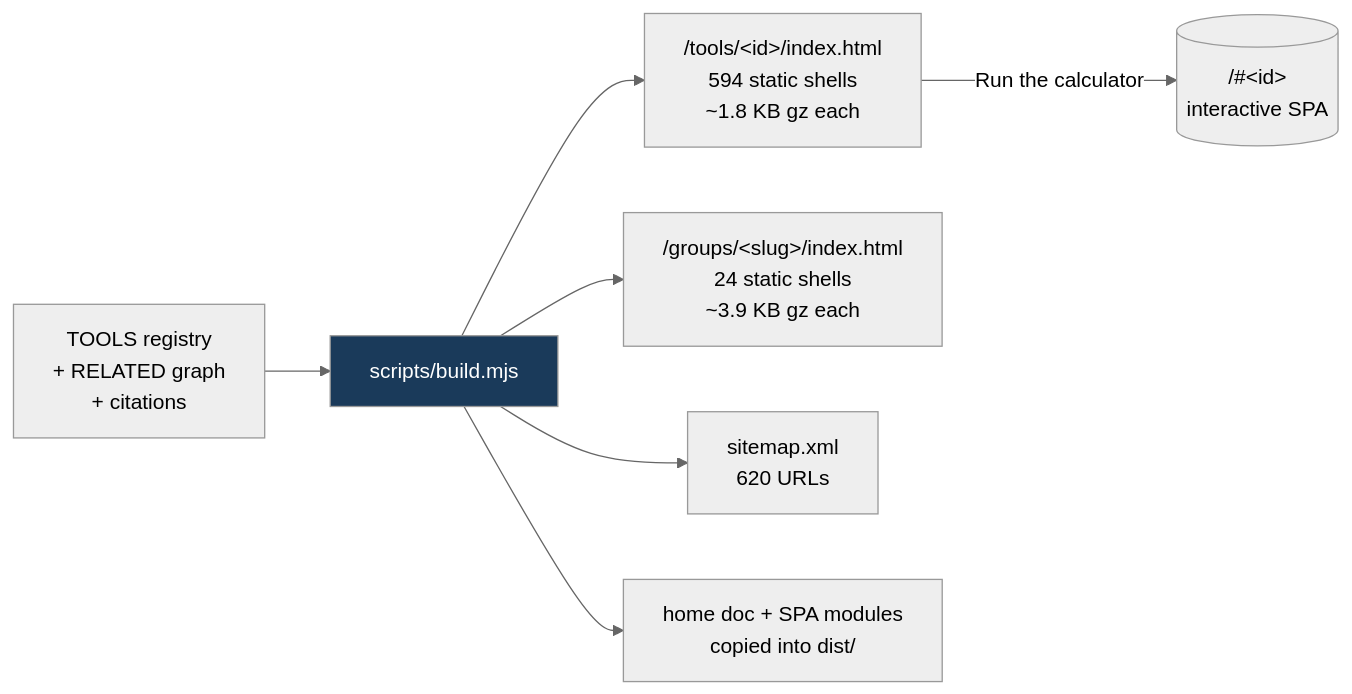
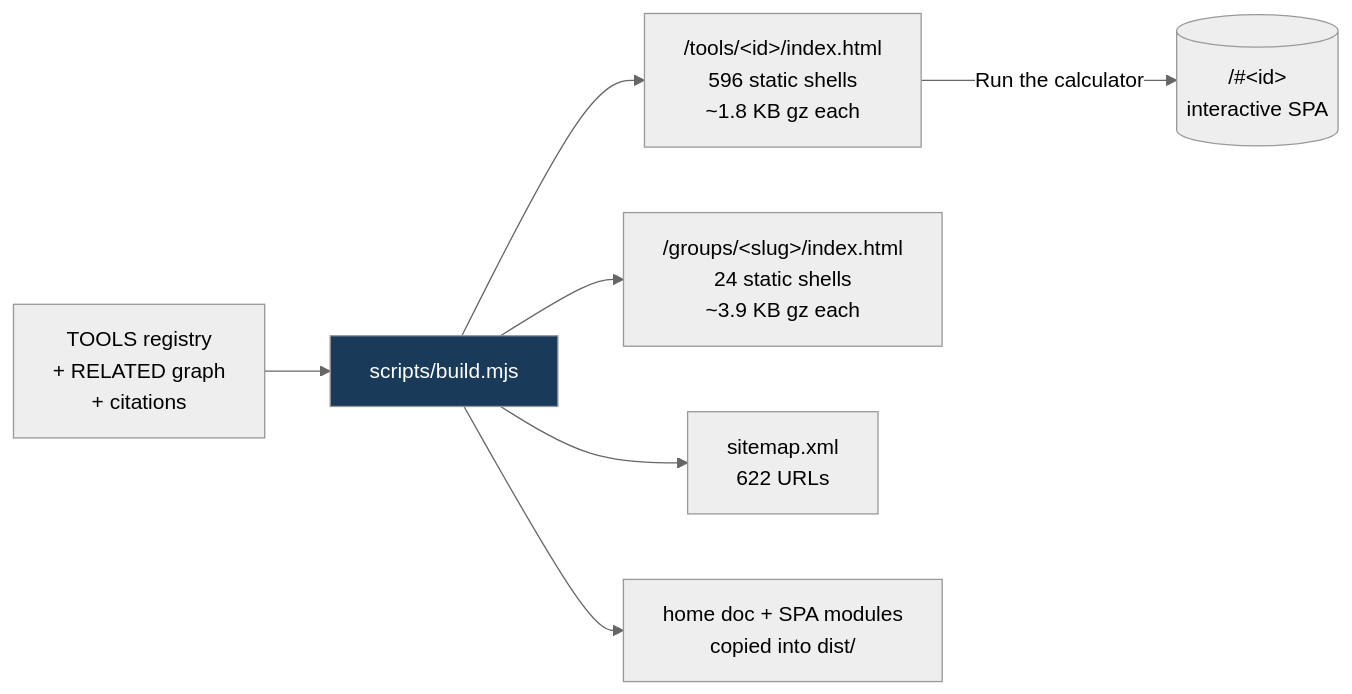
One commit to clay-good/roughlogic.com changed the fifth of 8 diagrams in README.md. Above: the diagram before and after it, drawn with Mermaid (neutral theme). The commit also changed other lines of this file and 16 other files, not shown here.

````diff
--- a/README.md
+++ b/README.md
@@ -362,10 +362,10 @@
 ```mermaid
 flowchart LR
     SRC[TOOLS registry\n+ RELATED graph\n+ citations] --> BUILD[scripts/build.mjs]
-    BUILD --> TILE["/tools/&lt;id&gt;/index.html\n594 static shells\n~1.8 KB gz each"]
+    BUILD --> TILE["/tools/&lt;id&gt;/index.html\n596 static shells\n~1.8 KB gz each"]
     BUILD --> GROUP["/groups/&lt;slug&gt;/index.html\n24 static shells\n~3.9 KB gz each"]
-    BUILD --> MAP["sitemap.xml\n620 URLs"]
+    BUILD --> MAP["sitemap.xml\n622 URLs"]
     BUILD --> COPY[home doc + SPA modules\ncopied into dist/]
     TILE -->|Run the calculator| SPA[("/#&lt;id&gt;\ninteractive SPA")]
     style BUILD fill:#1a3a5a,color:#fff
 ```
````
